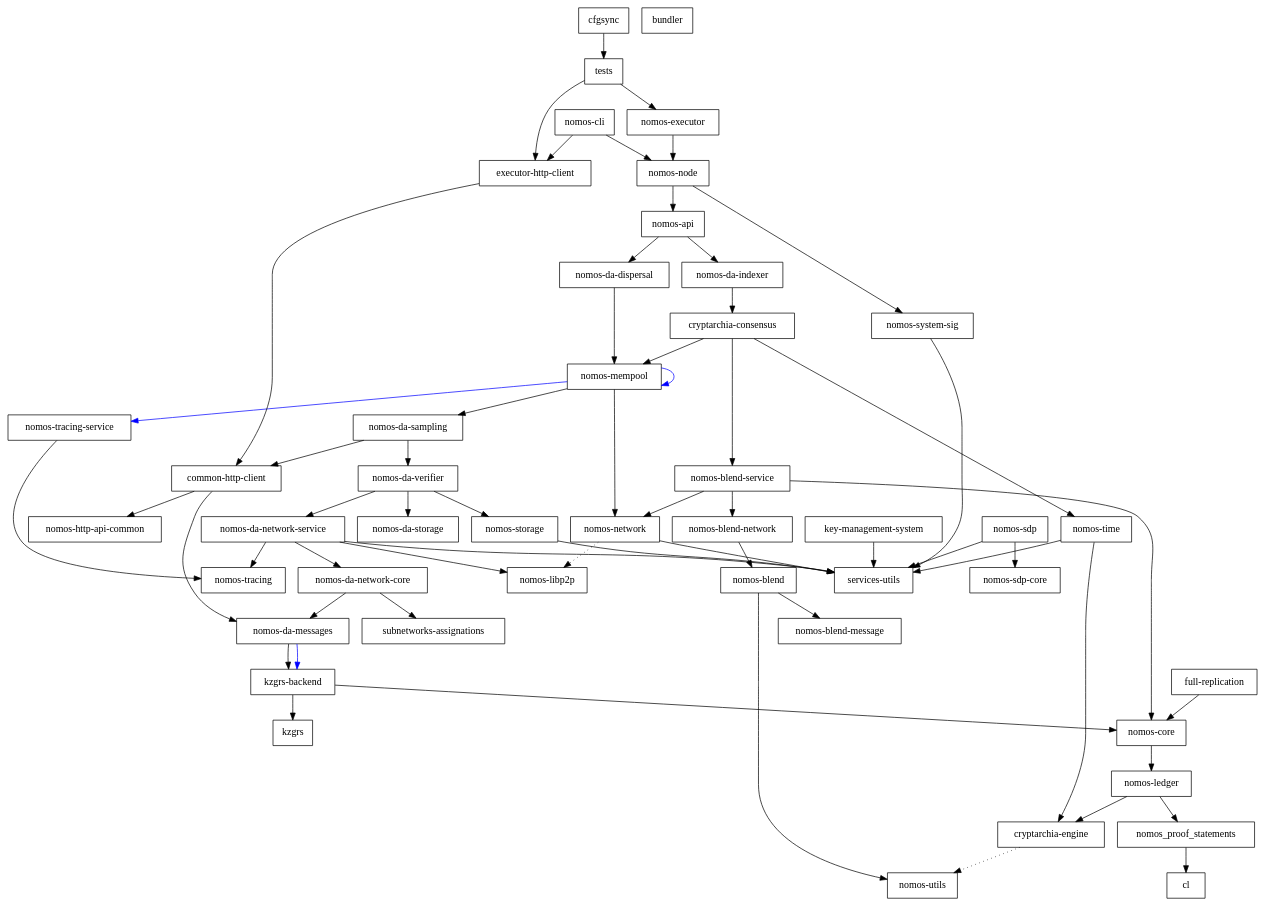
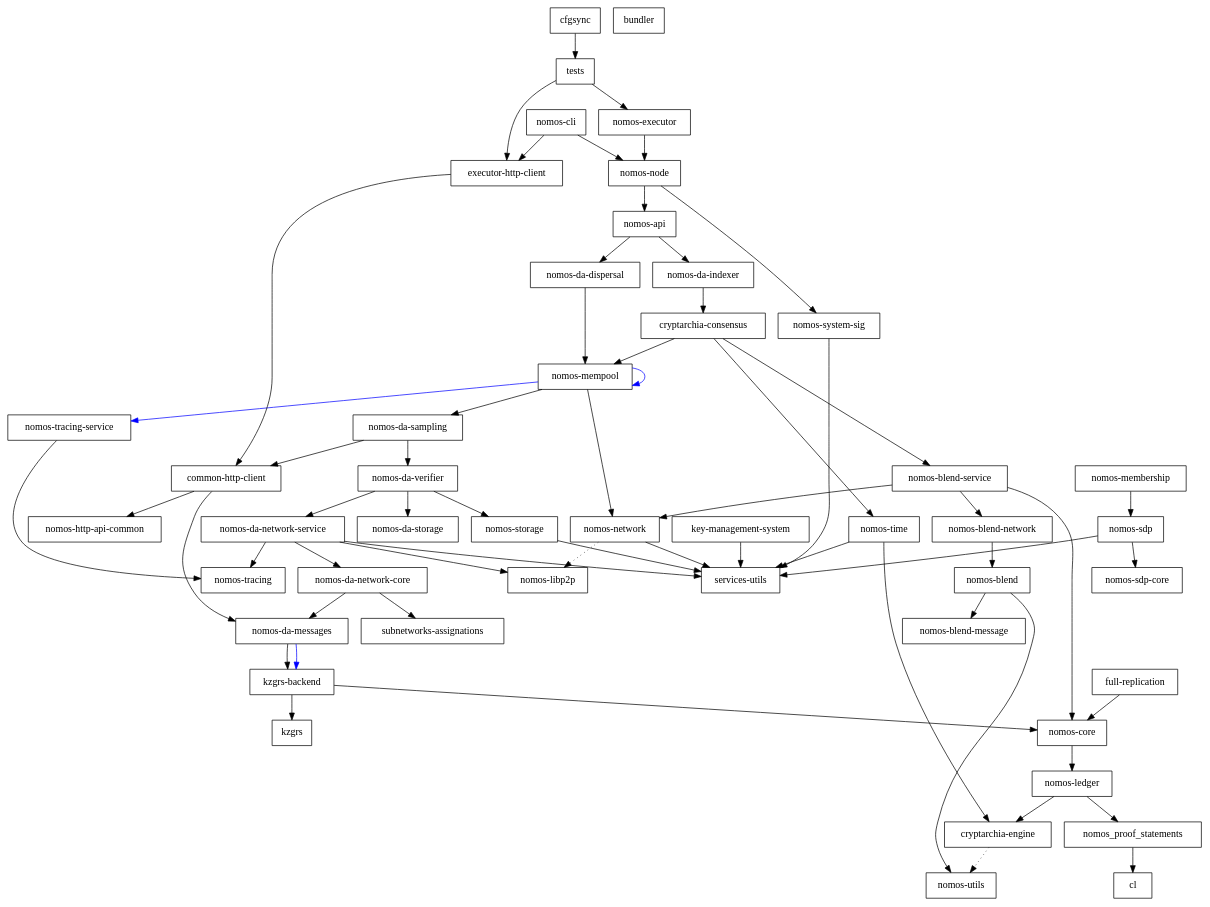
The diagram in dependencies_graph.dot (logos-co/nomos), drawn with Graphviz before and after one commit.

Commit message:
update dep graph

```diff
--- a/dependencies_graph.dot
+++ b/dependencies_graph.dot
@@ -1,106 +1,108 @@
 digraph {
     0 [ label = "cryptarchia-engine" shape = box]
     1 [ label = "nomos-utils" shape = box]
     2 [ label = "nomos-ledger" shape = box]
     3 [ label = "cl" shape = box]
     4 [ label = "nomos_proof_statements" shape = box]
     5 [ label = "nomos-http-api-common" shape = box]
     6 [ label = "nomos-executor" shape = box]
     7 [ label = "kzgrs-backend" shape = box]
     8 [ label = "kzgrs" shape = box]
     9 [ label = "nomos-core" shape = box]
     10 [ label = "nomos-api" shape = box]
     11 [ label = "cryptarchia-consensus" shape = box]
     12 [ label = "nomos-blend-service" shape = box]
     13 [ label = "nomos-blend" shape = box]
     14 [ label = "nomos-blend-message" shape = box]
     15 [ label = "nomos-blend-network" shape = box]
     16 [ label = "nomos-libp2p" shape = box]
     17 [ label = "nomos-network" shape = box]
     18 [ label = "services-utils" shape = box]
     19 [ label = "nomos-da-sampling" shape = box]
     20 [ label = "common-http-client" shape = box]
     21 [ label = "nomos-da-messages" shape = box]
     22 [ label = "nomos-da-network-core" shape = box]
     23 [ label = "subnetworks-assignations" shape = box]
     24 [ label = "nomos-da-network-service" shape = box]
     25 [ label = "nomos-tracing" shape = box]
     26 [ label = "nomos-da-storage" shape = box]
     27 [ label = "nomos-da-verifier" shape = box]
     28 [ label = "nomos-storage" shape = box]
     29 [ label = "nomos-mempool" shape = box]
     30 [ label = "nomos-tracing-service" shape = box]
     31 [ label = "nomos-time" shape = box]
     32 [ label = "nomos-da-dispersal" shape = box]
     33 [ label = "nomos-da-indexer" shape = box]
     34 [ label = "nomos-node" shape = box]
     35 [ label = "nomos-system-sig" shape = box]
     36 [ label = "executor-http-client" shape = box]
     37 [ label = "bundler" shape = box]
     38 [ label = "nomos-cli" shape = box]
     39 [ label = "full-replication" shape = box]
     40 [ label = "nomos-sdp-core" shape = box]
     41 [ label = "key-management-system" shape = box]
-    42 [ label = "nomos-sdp" shape = box]
-    43 [ label = "cfgsync" shape = box]
-    44 [ label = "tests" shape = box]
+    42 [ label = "nomos-membership" shape = box]
+    43 [ label = "nomos-sdp" shape = box]
+    44 [ label = "cfgsync" shape = box]
+    45 [ label = "tests" shape = box]
     0 -> 1 [ style = dotted]
     2 -> 0 [ ]
     2 -> 4 [ ]
     4 -> 3 [ ]
     6 -> 34 [ ]
     7 -> 8 [ ]
     7 -> 9 [ ]
     9 -> 2 [ ]
     10 -> 32 [ ]
     10 -> 33 [ ]
     11 -> 12 [ ]
     11 -> 29 [ ]
     11 -> 31 [ ]
     12 -> 15 [ ]
     12 -> 9 [ ]
     12 -> 17 [ ]
     13 -> 14 [ ]
     13 -> 1 [ ]
     15 -> 13 [ ]
     17 -> 16 [ style = dotted]
     17 -> 18 [ ]
     19 -> 20 [ ]
     19 -> 27 [ ]
     20 -> 21 [ ]
     20 -> 5 [ ]
     21 -> 7 [ ]
     21 -> 7 [ color = blue]
     22 -> 21 [ ]
     22 -> 23 [ ]
     24 -> 22 [ ]
     24 -> 16 [ ]
     24 -> 25 [ ]
     24 -> 18 [ ]
     27 -> 24 [ ]
     27 -> 26 [ ]
     27 -> 28 [ ]
     28 -> 18 [ ]
     29 -> 19 [ ]
     29 -> 29 [ color = blue]
     29 -> 17 [ ]
     29 -> 30 [ color = blue]
     30 -> 25 [ ]
     31 -> 0 [ ]
     31 -> 18 [ ]
     32 -> 29 [ ]
     33 -> 11 [ ]
     34 -> 10 [ ]
     34 -> 35 [ ]
     35 -> 18 [ ]
     36 -> 20 [ ]
     38 -> 36 [ ]
     38 -> 34 [ ]
     39 -> 9 [ ]
     41 -> 18 [ ]
-    42 -> 40 [ ]
-    42 -> 18 [ ]
-    43 -> 44 [ ]
-    44 -> 36 [ ]
-    44 -> 6 [ ]
+    42 -> 43 [ ]
+    43 -> 40 [ ]
+    43 -> 18 [ ]
+    44 -> 45 [ ]
+    45 -> 36 [ ]
+    45 -> 6 [ ]
 }
```
